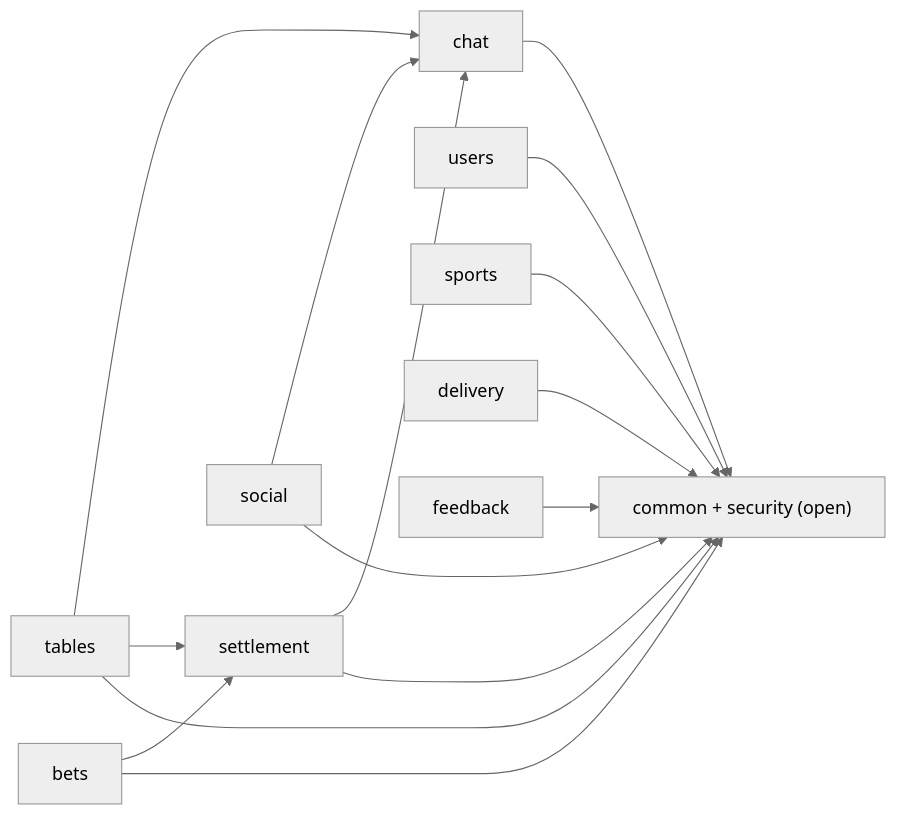
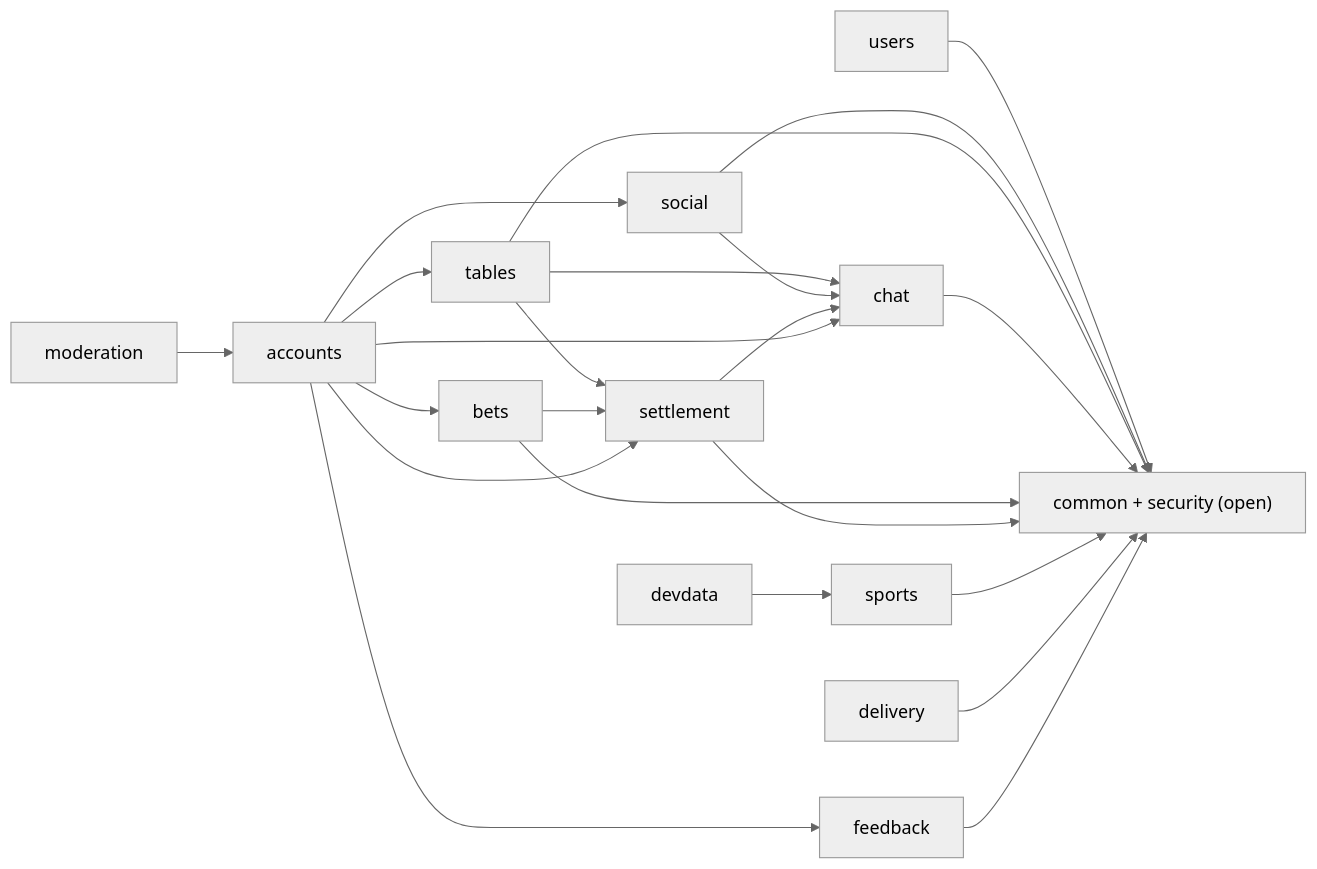
Before and after one commit to jackhudsonnnn/PVPicks: the second of 3 diagrams in docs/site/architecture.md, drawn with Mermaid (neutral theme). The commit also changed other lines of this file and 160 other files, not shown here.

````diff
--- a/docs/site/architecture.md
+++ b/docs/site/architecture.md
@@ -33,9 +33,12 @@
 ```mermaid
 flowchart LR
   tables --> chat
   tables --> settlement
   social --> chat
   settlement --> chat
   bets --> settlement
+  accounts --> tables & chat & social & feedback & settlement & bets
+  moderation --> accounts
+  devdata --> sports
   users & social & tables & chat & bets & settlement & sports & delivery & feedback --> shared["common + security (open)"]
 ```
````
